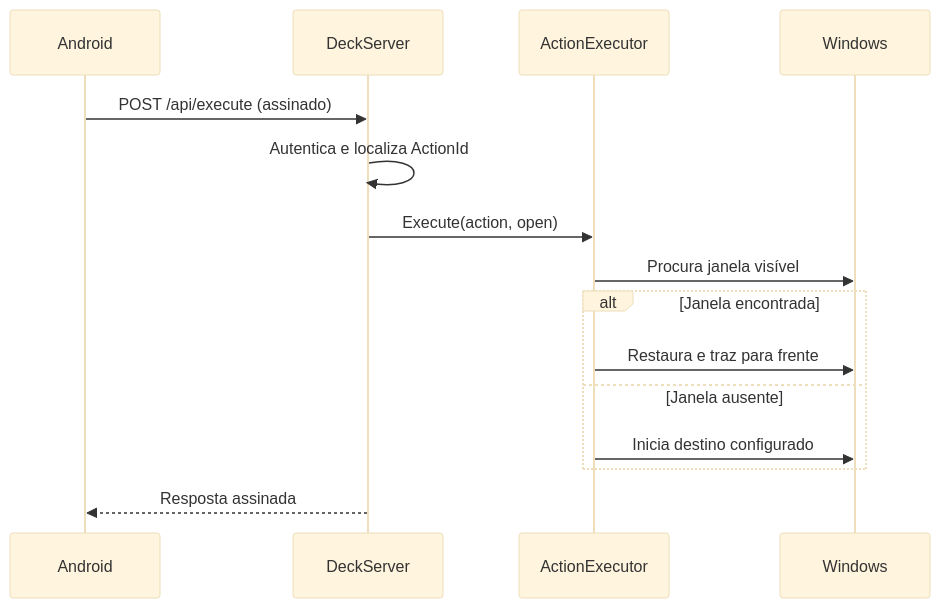
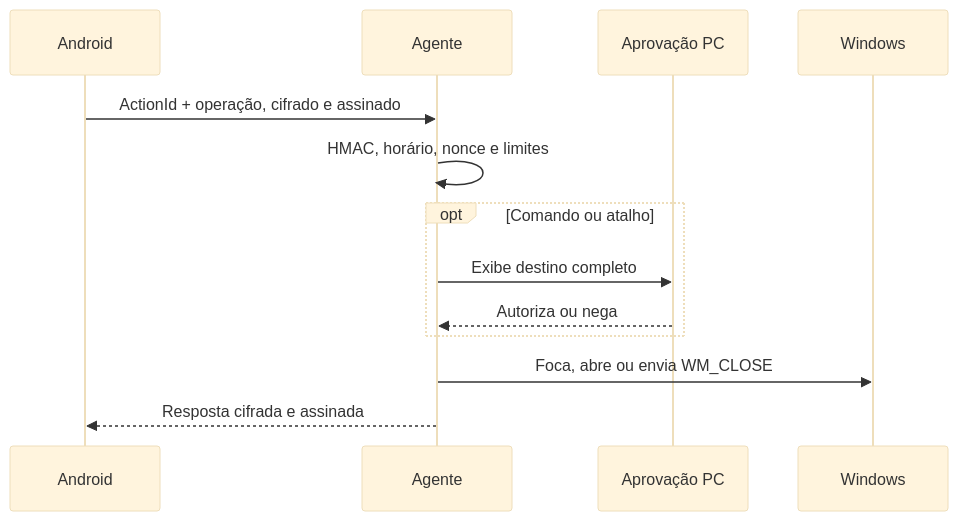
One commit to jpmarquesss/SyncDeck changed the second of 2 diagrams in docs/ARCHITECTURE.md. Above: the diagram before and after it, drawn with Mermaid (base theme). The commit also changed other lines of this file and 100 other files, not shown here.

First line of the commit message:
feat: atualiza SyncDeck para 1.0.0

````diff
--- a/docs/ARCHITECTURE.md
+++ b/docs/ARCHITECTURE.md
@@ -61,17 +58,15 @@
-~~~mermaid
+```mermaid
 sequenceDiagram
     participant A as Android
-    participant S as DeckServer
-    participant E as ActionExecutor
+    participant S as Agente
+    participant P as Aprovação PC
     participant W as Windows
-    A->>S: POST /api/execute (assinado)
-    S->>S: Autentica e localiza ActionId
-    S->>E: Execute(action, open)
-    E->>W: Procura janela visível
-    alt Janela encontrada
-        E->>W: Restaura e traz para frente
-    else Janela ausente
-        E->>W: Inicia destino configurado
+    A->>S: ActionId + operação, cifrado e assinado
+    S->>S: HMAC, horário, nonce e limites
+    opt Comando ou atalho
+        S->>P: Exibe destino completo
+        P-->>S: Autoriza ou nega
     end
-    S-->>A: Resposta assinada
-~~~
+    S->>W: Foca, abre ou envia WM_CLOSE
+    S-->>A: Resposta cifrada e assinada
+```
````
